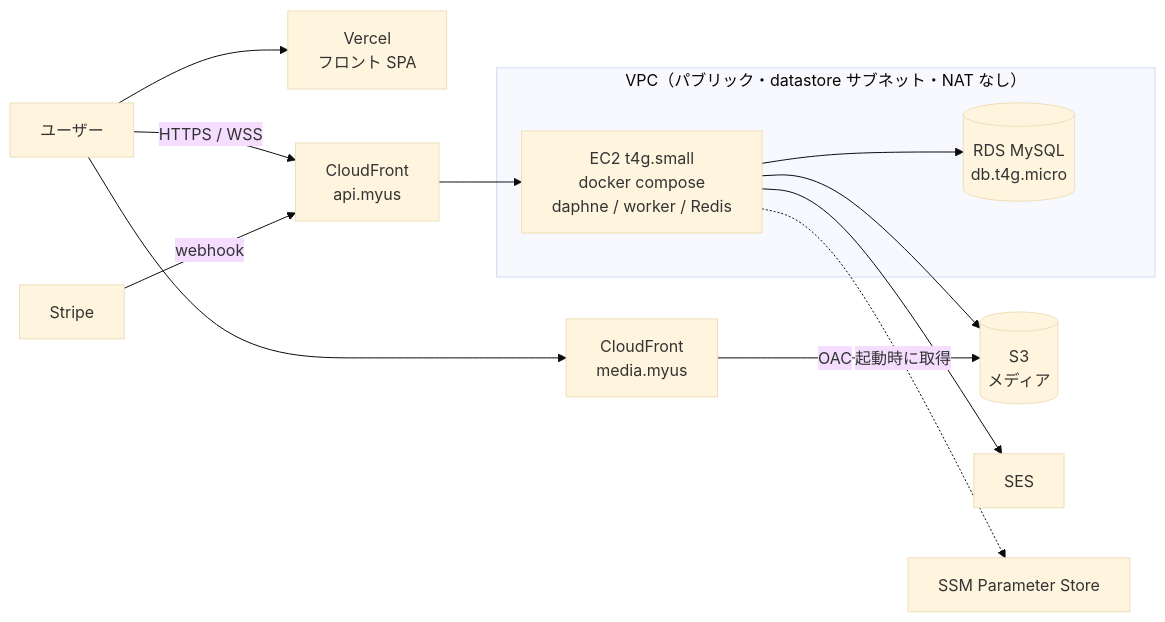
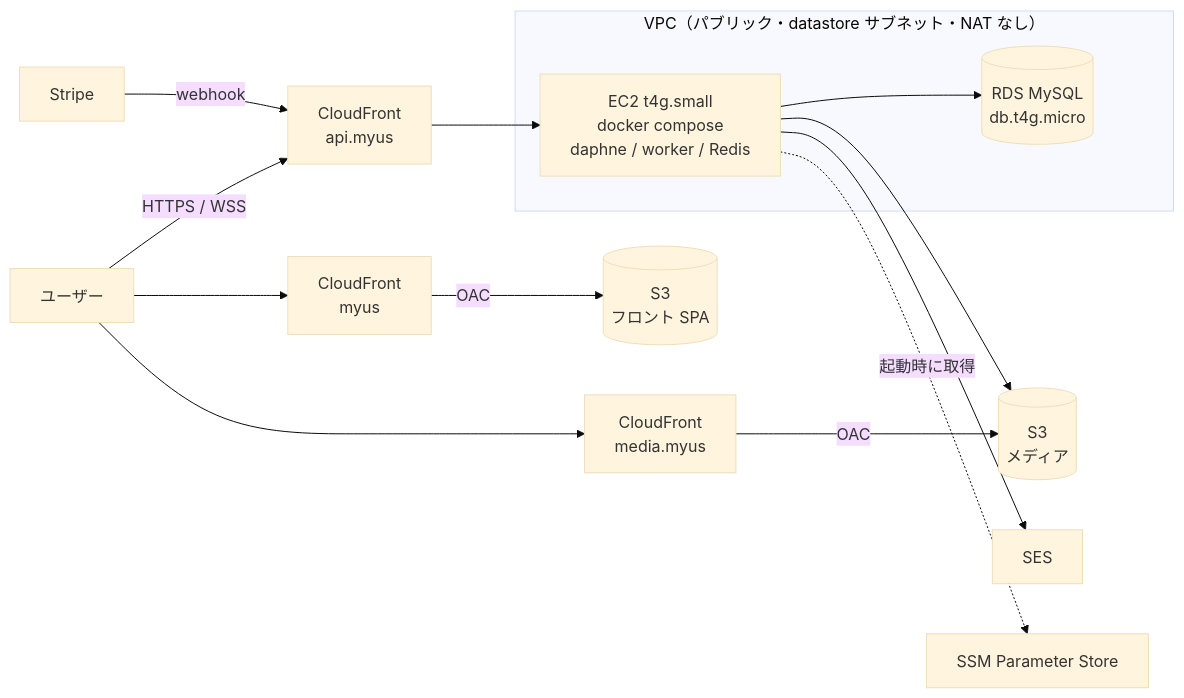
One commit to ANFINII/MyUs changed the first of 6 diagrams in docs/infrastructure.md. Above: the diagram before and after it, drawn with Mermaid (base theme). The commit also changed other lines of this file and 15 other files, not shown here.

First line of the commit message:
フロントを Vercel でなく S3 と CloudFront から myus.media で配信する (#1506)

````diff
--- a/docs/infrastructure.md
+++ b/docs/infrastructure.md
@@ -34,24 +34,25 @@
 ```mermaid
 flowchart LR
     User[ユーザー]
-    Vercel[Vercel<br/>フロント SPA]
+    CF_FRONT[CloudFront<br/>myus]
+    S3_FRONT[(S3<br/>フロント SPA)]
     CF_API[CloudFront<br/>api.myus]
     CF_MEDIA[CloudFront<br/>media.myus]
     subgraph VPC[VPC（パブリック・datastore サブネット・NAT なし）]
         EC2[EC2 t4g.small<br/>docker compose<br/>daphne / worker / Redis]
         RDS[(RDS MySQL<br/>db.t4g.micro)]
     end
     S3[(S3<br/>メディア)]
     SES[SES]
     Stripe[Stripe]
     SSM[SSM Parameter Store]
 
-    User --> Vercel
+    User --> CF_FRONT -->|OAC| S3_FRONT
     User -->|HTTPS / WSS| CF_API --> EC2
     User --> CF_MEDIA -->|OAC| S3
     EC2 --> RDS
     EC2 --> S3
     EC2 --> SES
     EC2 -.起動時に取得.-> SSM
     Stripe -->|webhook| CF_API
 ```
````
